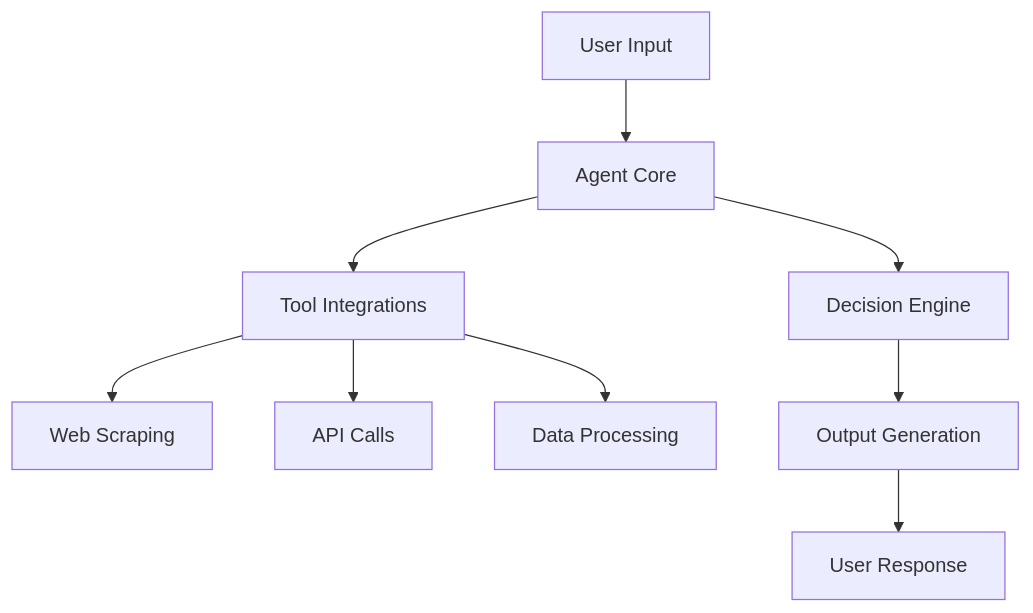
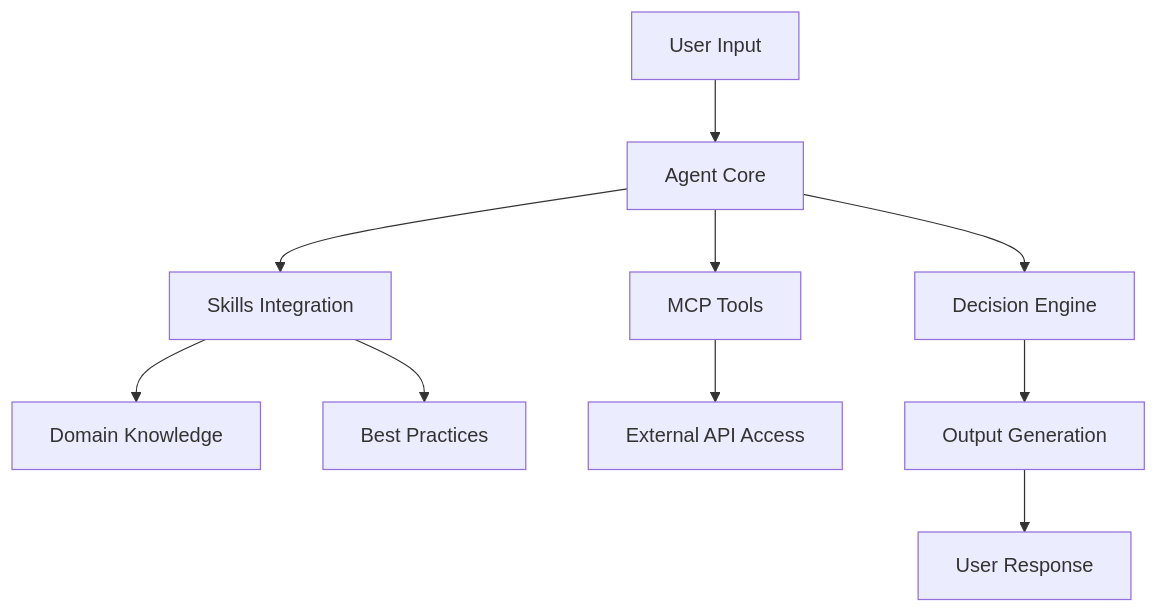
The sixth of 7 diagrams in docs/concepts/01-vision.md (shuji-bonji/ai-agent-architecture), drawn with Mermaid before and after one commit. The commit also changed other lines of this file and 1 other file, not shown here.

````diff
--- a/docs/concepts/01-vision.md
+++ b/docs/concepts/01-vision.md
@@ -216,11 +270,12 @@
 ```mermaid
 graph TB
     A[User Input] --> B[Agent Core]
-    B --> C[Tool Integrations]
-    C --> D[Web Scraping]
-    C --> E[API Calls]
-    C --> F[Data Processing]
-    B --> G[Decision Engine]
-    G --> H[Output Generation]
-    H --> I[User Response]
+    B --> C[Skills Integration]
+    C --> D[Domain Knowledge]
+    C --> E[Best Practices]
+    B --> F[MCP Tools]
+    F --> G[External API Access]
+    B --> H[Decision Engine]
+    H --> I[Output Generation]
+    I --> J[User Response]
 ```
````
